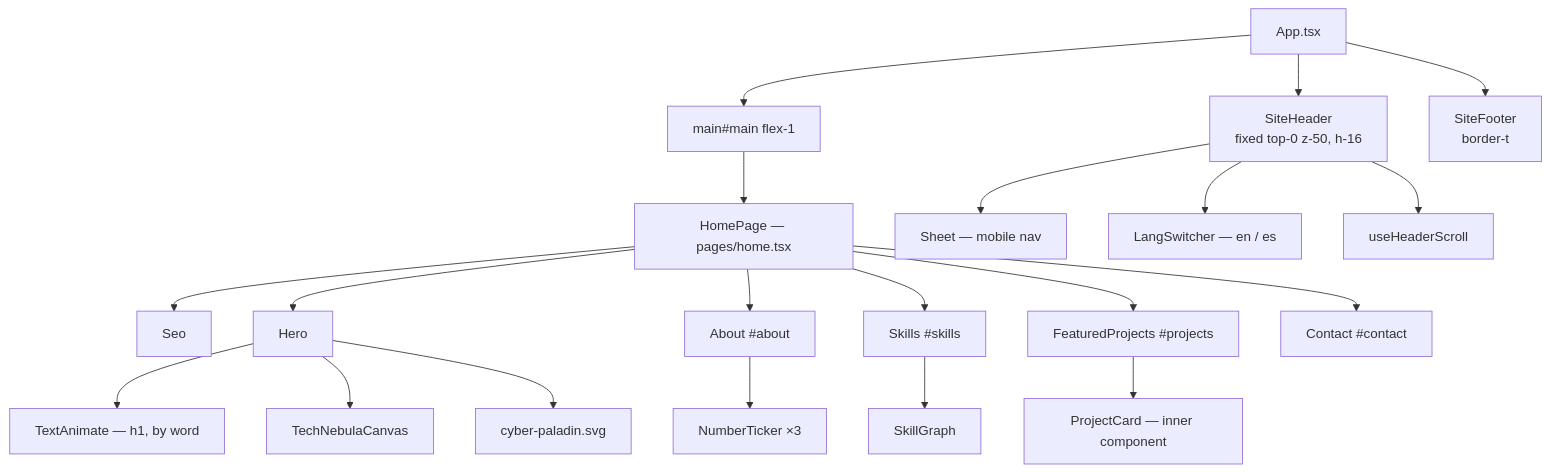
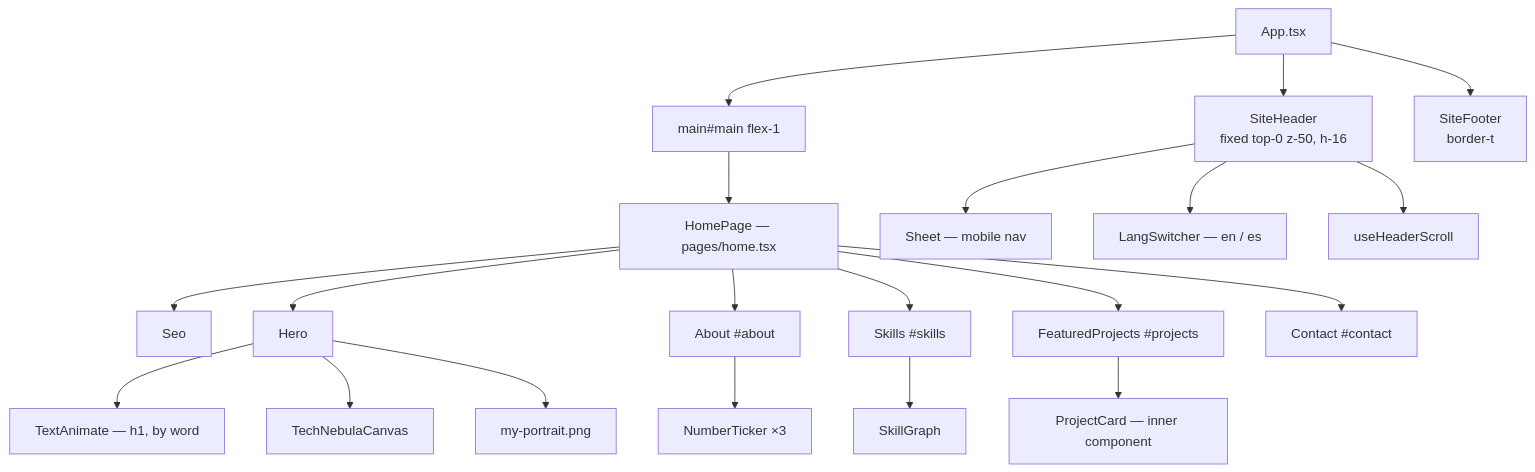
One commit to Its-JrDev/my-portfolio changed the first of 7 diagrams in docs/components.md. Above: the diagram before and after it, drawn with Mermaid. The commit also changed other lines of this file and 6 other files, not shown here.

Commit message:
feat: replace cyber-paladin with portrait illustration and soften hero atmosphere

````diff
--- a/docs/components.md
+++ b/docs/components.md
@@ -7,25 +7,25 @@
 ```mermaid
 flowchart TD
     APP["App.tsx"] --> HDR["SiteHeader<br/>fixed top-0 z-50, h-16"]
     APP --> MAIN["main#main flex-1"]
     APP --> FTR["SiteFooter<br/>border-t"]
     MAIN --> PAGE["HomePage — pages/home.tsx"]
 
     PAGE --> SEO["Seo"]
     PAGE --> HERO["Hero"]
     PAGE --> ABOUT["About #about"]
     PAGE --> SKILLS["Skills #skills"]
     PAGE --> PROJ["FeaturedProjects #projects"]
     PAGE --> CONT["Contact #contact"]
 
     HDR --> SHEET["Sheet — mobile nav"]
     HDR --> LANG["LangSwitcher — en / es"]
     HDR --> HOOK["useHeaderScroll"]
 
     ABOUT --> NT["NumberTicker ×3"]
     SKILLS --> SG["SkillGraph"]
     HERO --> TA["TextAnimate — h1, by word"]
     HERO --> TN["TechNebulaCanvas"]
-    HERO --> CP["cyber-paladin.svg"]
+    HERO --> CP["my-portrait.png"]
     PROJ --> CARD["ProjectCard — inner component"]
 ```
````
